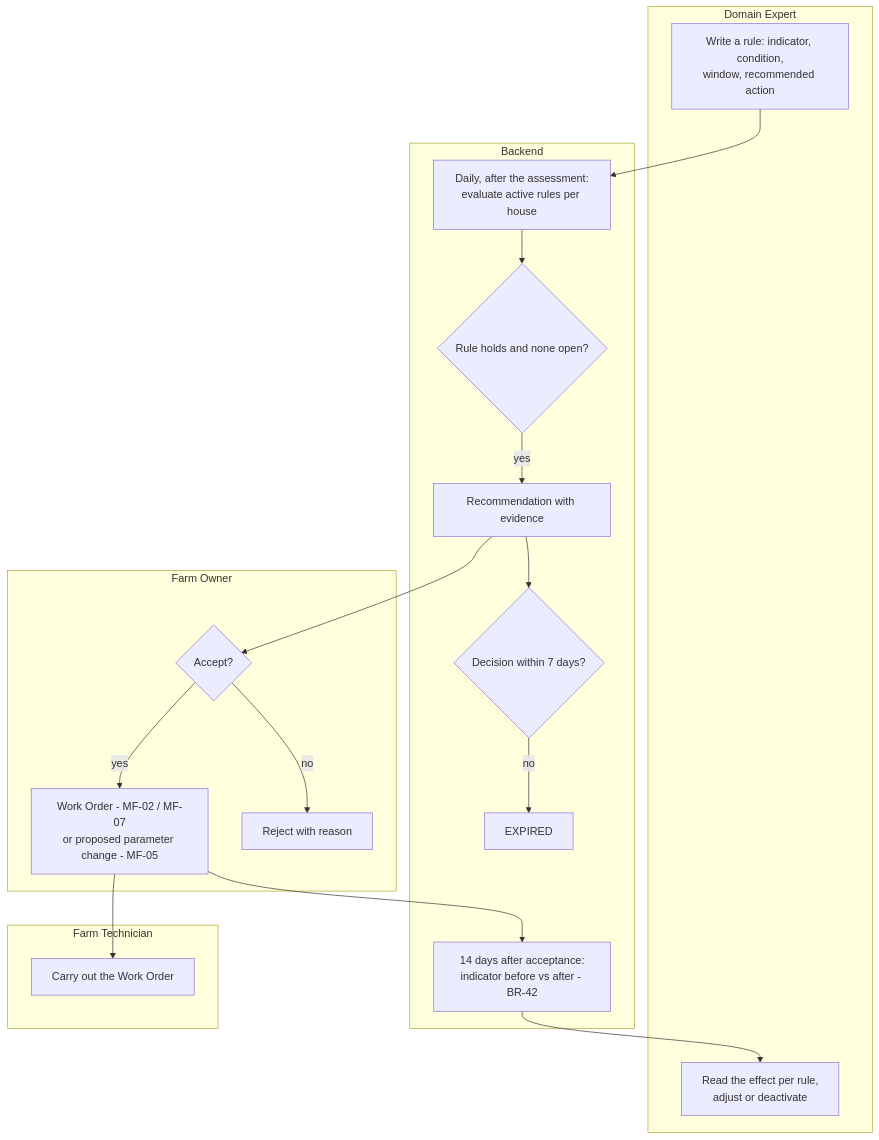
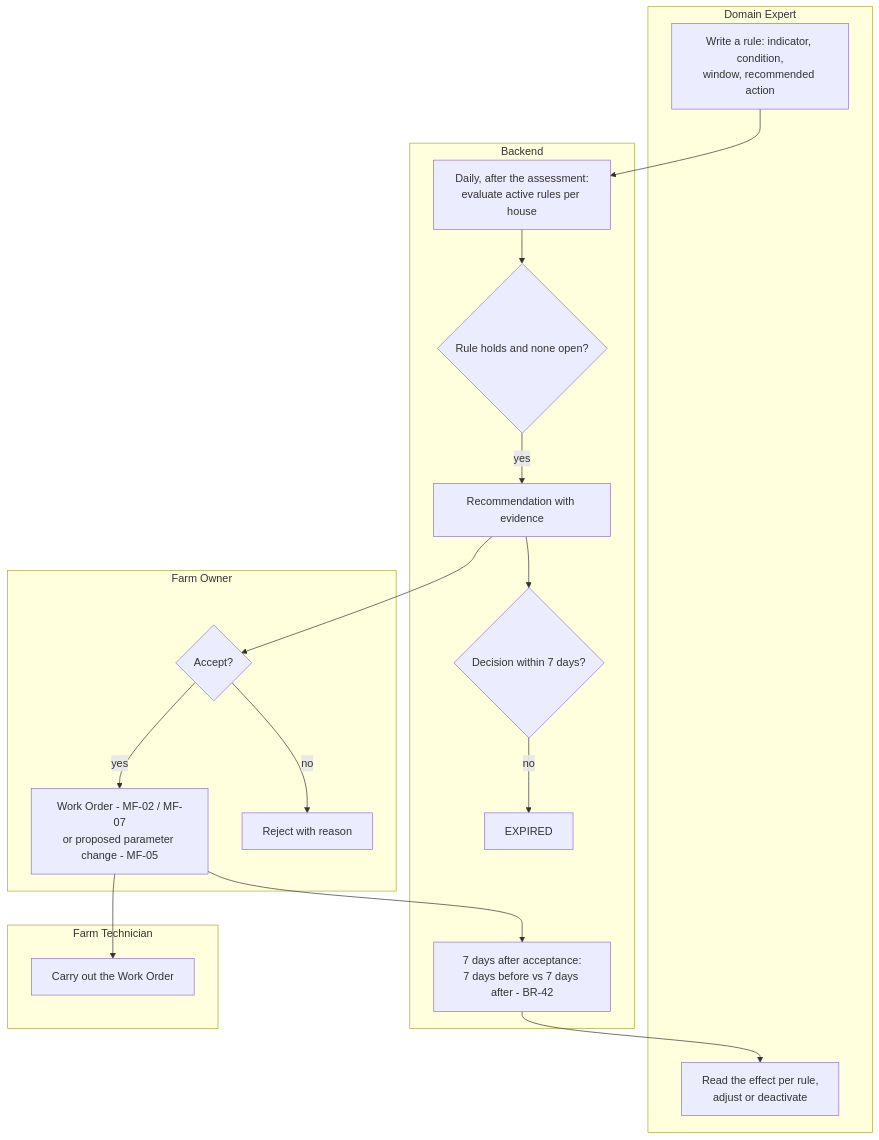
Before and after one commit to NBao261/SwiftletCare_KLTN: diagram 35 of 40 in docs/reports/report4-sdd.md, drawn with Mermaid. The commit also changed other lines of this file and 7 other files, not shown here.

````diff
--- a/docs/reports/report4-sdd.md
+++ b/docs/reports/report4-sdd.md
@@ -1614,26 +1614,26 @@
 ```mermaid
 flowchart TB
   subgraph E[Domain Expert]
     E1[Write a rule: indicator, condition,<br/>window, recommended action]
     E2[Read the effect per rule,<br/>adjust or deactivate]
   end
   subgraph B[Backend]
     B1[Daily, after the assessment:<br/>evaluate active rules per house]
     B2{Rule holds and none open?} -- yes --> B3[Recommendation with evidence]
     B4{Decision within 7 days?} -- no --> B5[EXPIRED]
-    B6[14 days after acceptance:<br/>indicator before vs after - BR-42]
+    B6[7 days after acceptance:<br/>7 days before vs 7 days after - BR-42]
   end
   subgraph O[Farm Owner]
     O1{Accept?}
     O1 -- yes --> O2[Work Order - MF-02 / MF-07<br/>or proposed parameter change - MF-05]
     O1 -- no --> O3[Reject with reason]
   end
   subgraph T[Farm Technician]
     T1[Carry out the Work Order]
   end
   E1 --> B1 --> B2
   B3 --> O1
   B3 --> B4
   O2 --> T1
   O2 --> B6 --> E2
 ```
````
